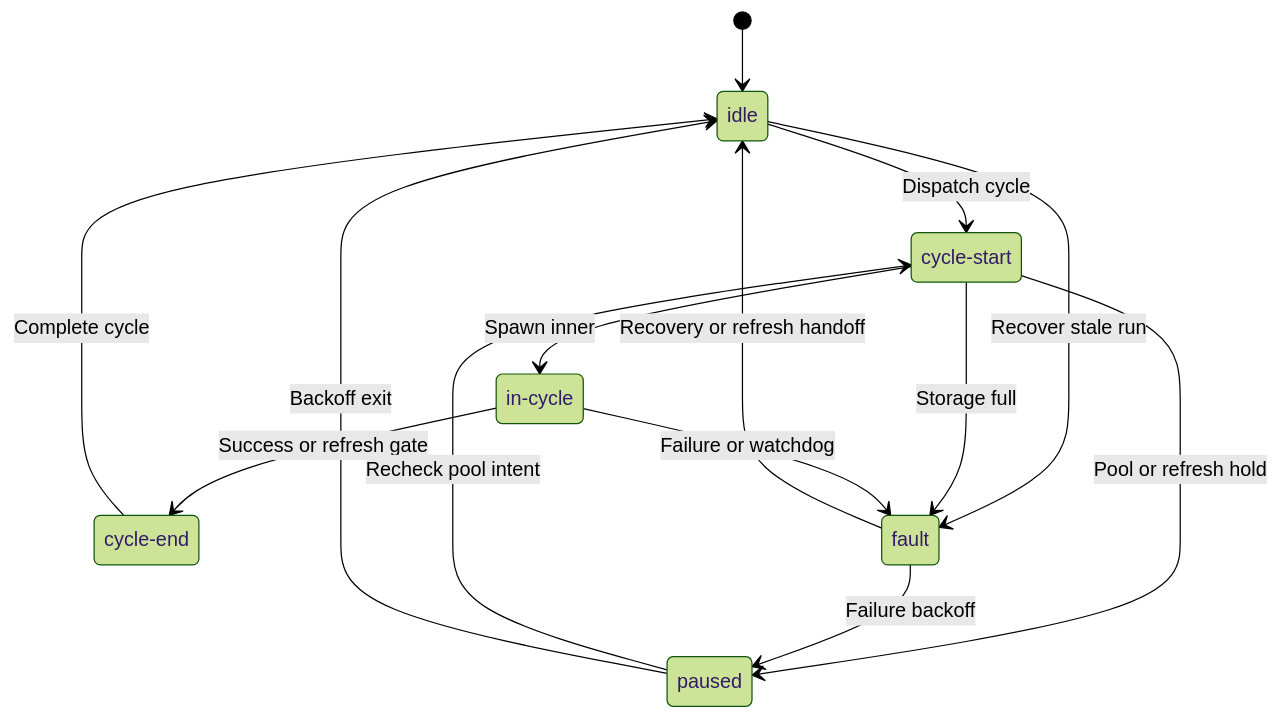
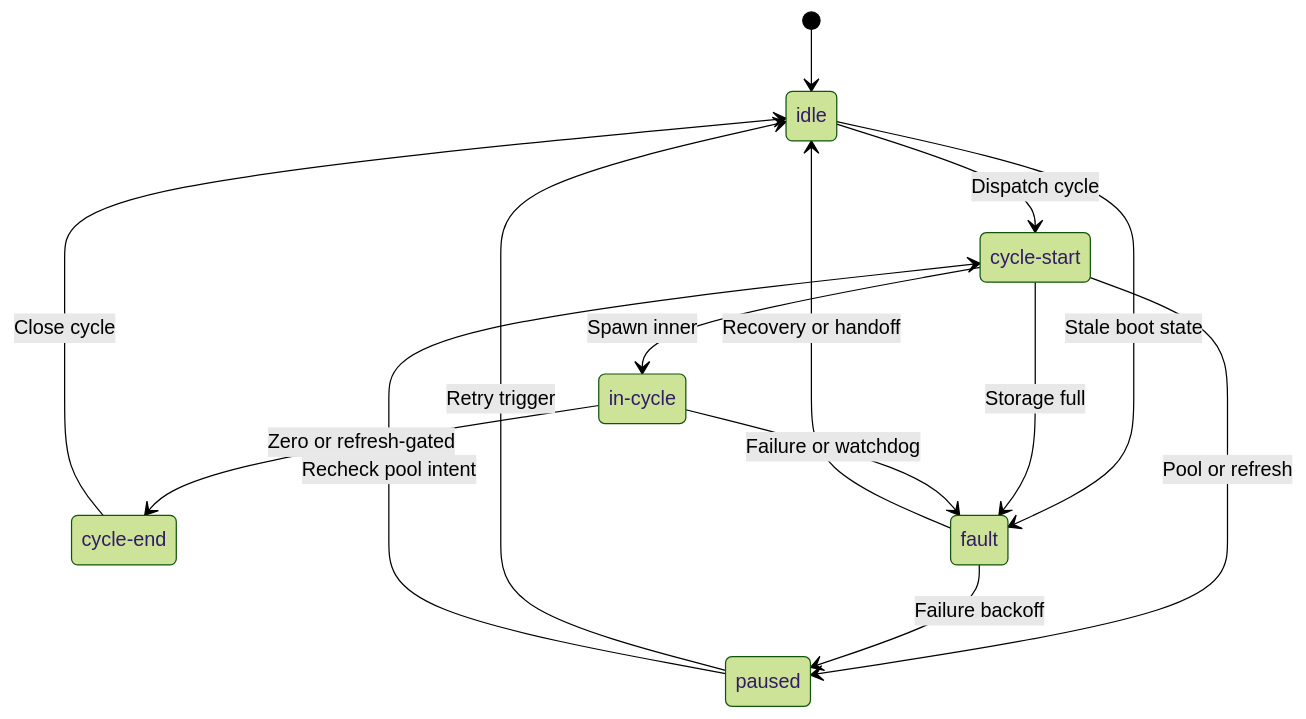
Before and after one commit to alissonsol/yuruna: the first of 4 diagrams in docs/design/04-lifecycle-state.md, drawn with Mermaid (forest theme). The commit also changed other lines of this file and 1343 other files, not shown here.

````diff
--- a/docs/design/04-lifecycle-state.md
+++ b/docs/design/04-lifecycle-state.md
@@ -7,22 +11,22 @@
 ```mermaid
 stateDiagram-v2
     state "idle" as idle
     state "cycle-start" as cycle_start
     state "in-cycle" as in_cycle
     state "cycle-end" as cycle_end
     state "fault" as fault
     state "paused" as paused
     [*] --> idle
     idle --> cycle_start: Dispatch cycle
-    idle --> fault: Recover stale run
+    idle --> fault: Stale boot state
     cycle_start --> in_cycle: Spawn inner
-    cycle_start --> paused: Pool or refresh hold
     cycle_start --> fault: Storage full
-    in_cycle --> cycle_end: Success or refresh gate
+    cycle_start --> paused: Pool or refresh
+    in_cycle --> cycle_end: Zero or refresh-gated
     in_cycle --> fault: Failure or watchdog
-    cycle_end --> idle: Complete cycle
+    cycle_end --> idle: Close cycle
     fault --> paused: Failure backoff
-    fault --> idle: Recovery or refresh handoff
+    fault --> idle: Recovery or handoff
+    paused --> idle: Retry trigger
     paused --> cycle_start: Recheck pool intent
-    paused --> idle: Backoff exit
 ```
````
